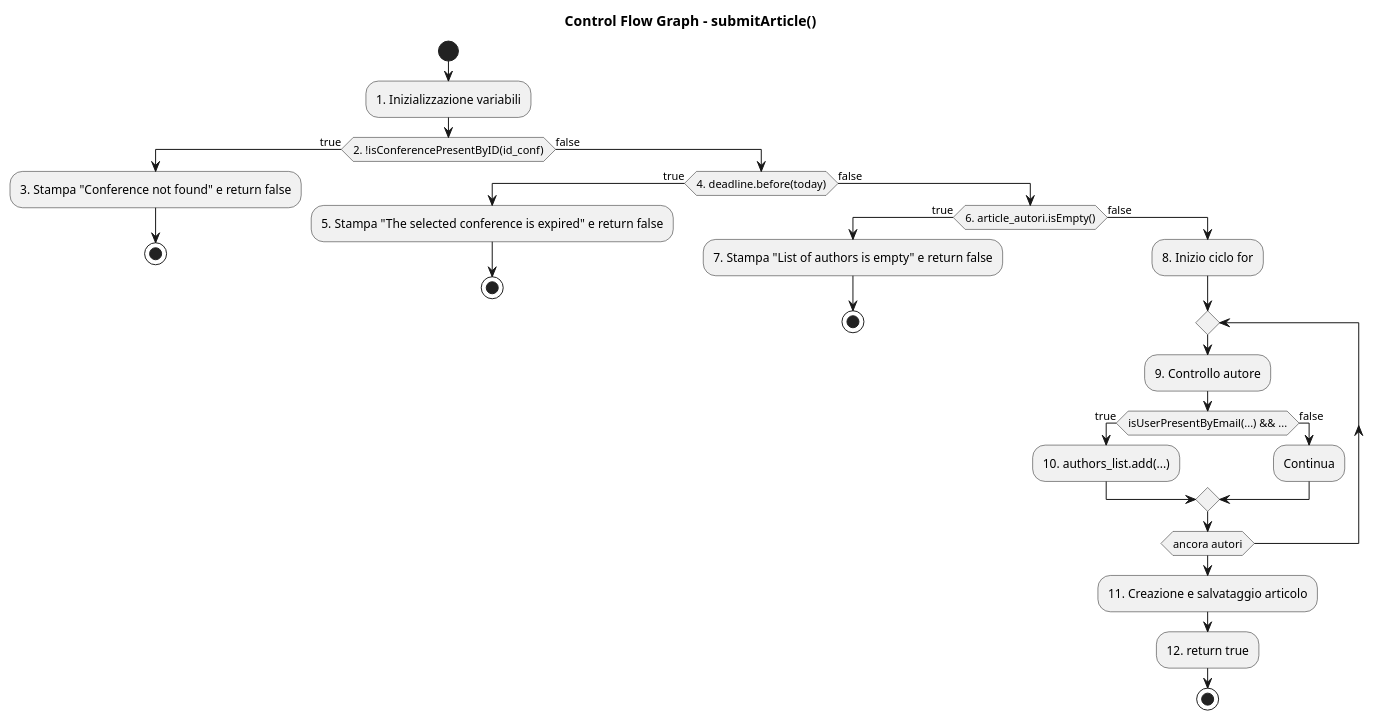
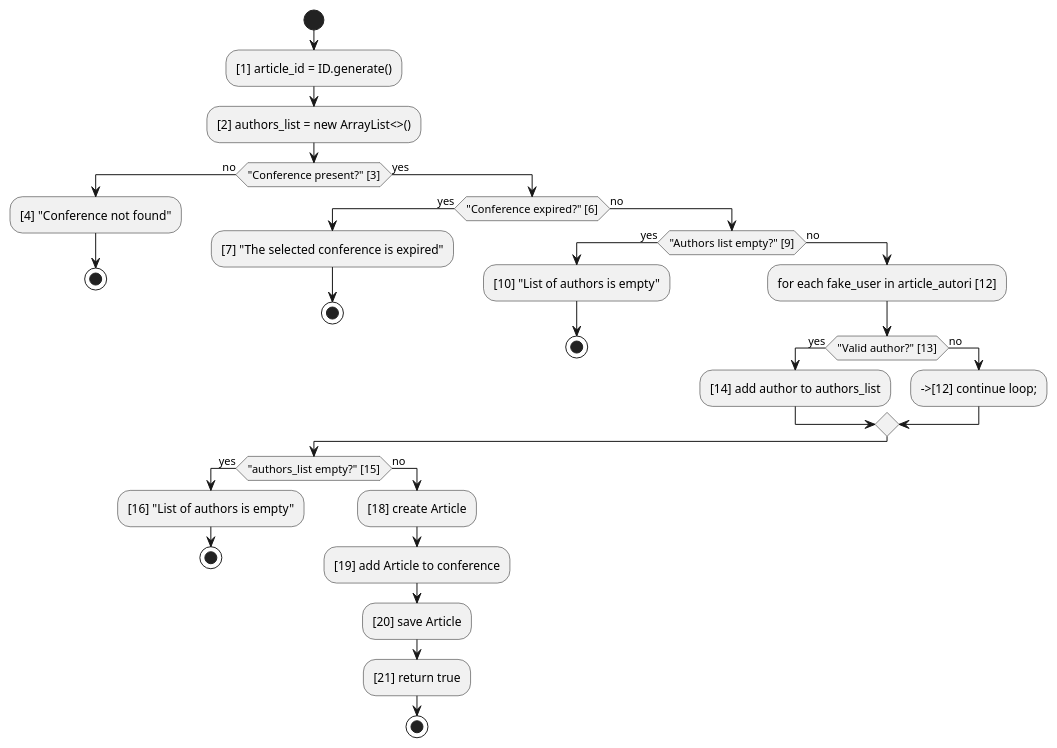
The diagram in VisualParadigm/test_submitArticle.puml (Air4x/Progetto_ISW), drawn with PlantUML before and after one commit. The commit also changed 3 other files, not shown here.

Commit message:
Modificato makefile e test_createConference,test_submitArticle, test_nearDeadline

```diff
--- a/VisualParadigm/test_submitArticle.puml
+++ b/VisualParadigm/test_submitArticle.puml
@@ -1,40 +1,40 @@
 @startuml
-title Control Flow Graph - submitArticle()
+start
 
-start
-:1. Inizializzazione variabili;
+:[1] article_id = ID.generate();
+:[2] authors_list = new ArrayList<>();
 
-if (2. !isConferencePresentByID(id_conf)) then (true)
-  :3. Stampa "Conference not found" e return false;
+if ("Conference present?" [3]) then (no)
+  :[4] "Conference not found";
   stop
-else (false)
-
-  if (4. deadline.before(today)) then (true)
-    :5. Stampa "The selected conference is expired" e return false;
+else (yes)
+  if ("Conference expired?" [6]) then (yes)
+    :[7] "The selected conference is expired";
     stop
-  else (false)
-  
-    if (6. article_autori.isEmpty()) then (true)
-      :7. Stampa "List of authors is empty" e return false;
+  else (no)
+    if ("Authors list empty?" [9]) then (yes)
+      :[10] "List of authors is empty";
       stop
-    else (false)
-      
-      :8. Inizio ciclo for;
-      repeat
-        :9. Controllo autore;
-        if (isUserPresentByEmail(...) && ...) then (true)
-          :10. authors_list.add(...);
-        else (false)
-          :Continua;
-        endif
-      repeat while (ancora autori)
-      
-      :11. Creazione e salvataggio articolo;
-      :12. return true;
-      stop
-      
+    else (no)
+      :for each fake_user in article_autori [12];
+      if ("Valid author?" [13]) then (yes)
+        :[14] add author to authors_list;
+      else (no)
+        -->[12] continue loop;
+      endif
     endif
   endif
 endif
 
+if ("authors_list empty?" [15]) then (yes)
+  :[16] "List of authors is empty";
+  stop
+else (no)
+  :[18] create Article;
+  :[19] add Article to conference;
+  :[20] save Article;
+  :[21] return true;
+  stop
+endif
+
 @enduml
```
